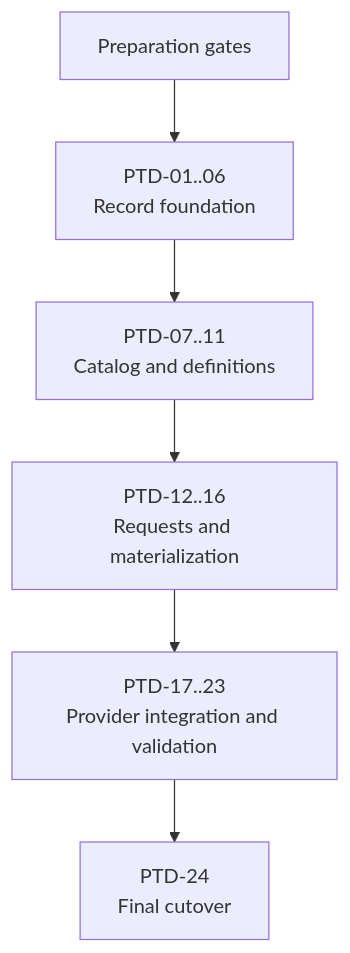
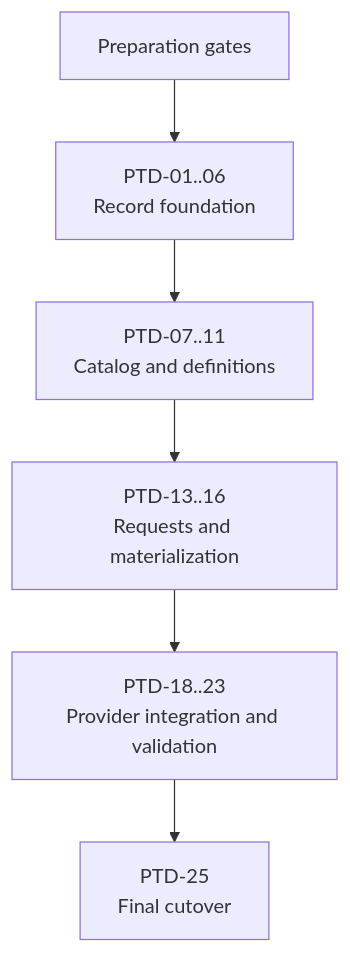
Before and after one commit to omry/reploy: the diagram in docs/PORTABLE_TOOL_DEFINITION_IMPLEMENTATION_PLAN.md, drawn with Mermaid. The commit also changed other lines of this file, not shown here.

First line of the commit message:
Split PTD-09 into candidate selection and joint solving

````diff
--- a/docs/PORTABLE_TOOL_DEFINITION_IMPLEMENTATION_PLAN.md
+++ b/docs/PORTABLE_TOOL_DEFINITION_IMPLEMENTATION_PLAN.md
@@ -201,8 +201,8 @@
 ```mermaid
 flowchart TD
     PREP["Preparation gates"] --> FOUNDATION["PTD-01..06\nRecord foundation"]
     FOUNDATION --> CATALOG["PTD-07..11\nCatalog and definitions"]
-    CATALOG --> ACQUIRE["PTD-12..16\nRequests and materialization"]
-    ACQUIRE --> PROVIDERS["PTD-17..23\nProvider integration and validation"]
-    PROVIDERS --> FINAL["PTD-24\nFinal cutover"]
+    CATALOG --> ACQUIRE["PTD-13..16\nRequests and materialization"]
+    ACQUIRE --> PROVIDERS["PTD-18..23\nProvider integration and validation"]
+    PROVIDERS --> FINAL["PTD-25\nFinal cutover"]
 ```
````
